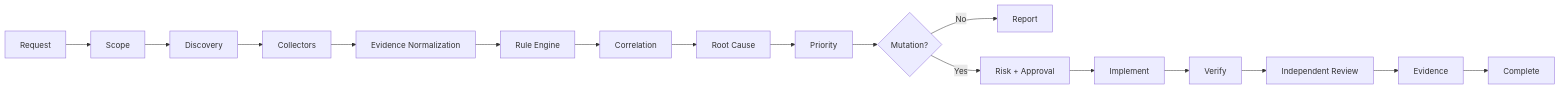
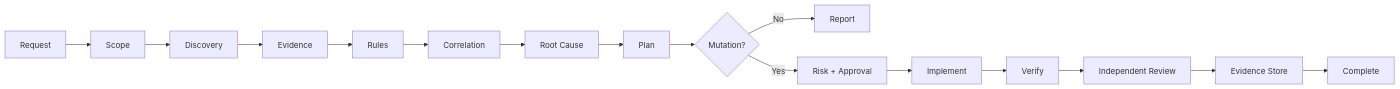
The diagram in README.md (anilbudthapa1/enterprise-seo-audit), drawn with Mermaid before and after one commit. The commit also changed other lines of this file, not shown here.

````diff
--- a/README.md
+++ b/README.md
@@ -27,19 +28,18 @@
 ```mermaid
 flowchart LR
     A[Request] --> B[Scope]
     B --> C[Discovery]
-    C --> D[Collectors]
-    D --> E[Evidence Normalization]
-    E --> F[Rule Engine]
-    F --> G[Correlation]
-    G --> H[Root Cause]
-    H --> I[Priority]
-    I --> J{Mutation?}
-    J -- No --> K[Report]
-    J -- Yes --> L[Risk + Approval]
-    L --> M[Implement]
-    M --> N[Verify]
-    N --> O[Independent Review]
-    O --> P[Evidence]
-    P --> Q[Complete]
+    C --> D[Evidence]
+    D --> E[Rules]
+    E --> F[Correlation]
+    F --> G[Root Cause]
+    G --> H[Plan]
+    H --> I{Mutation?}
+    I -- No --> J[Report]
+    I -- Yes --> K[Risk + Approval]
+    K --> L[Implement]
+    L --> M[Verify]
+    M --> N[Independent Review]
+    N --> O[Evidence Store]
+    O --> P[Complete]
 ```
````
